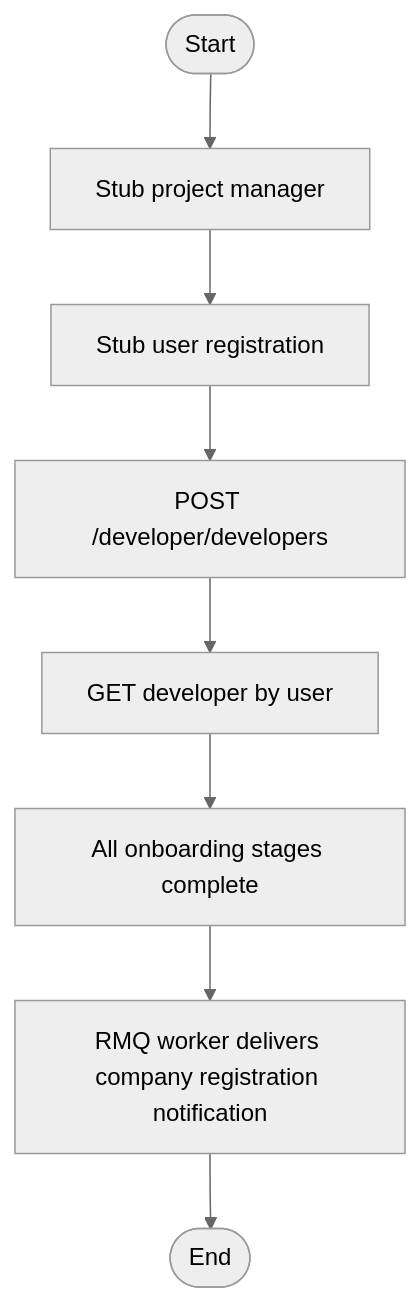
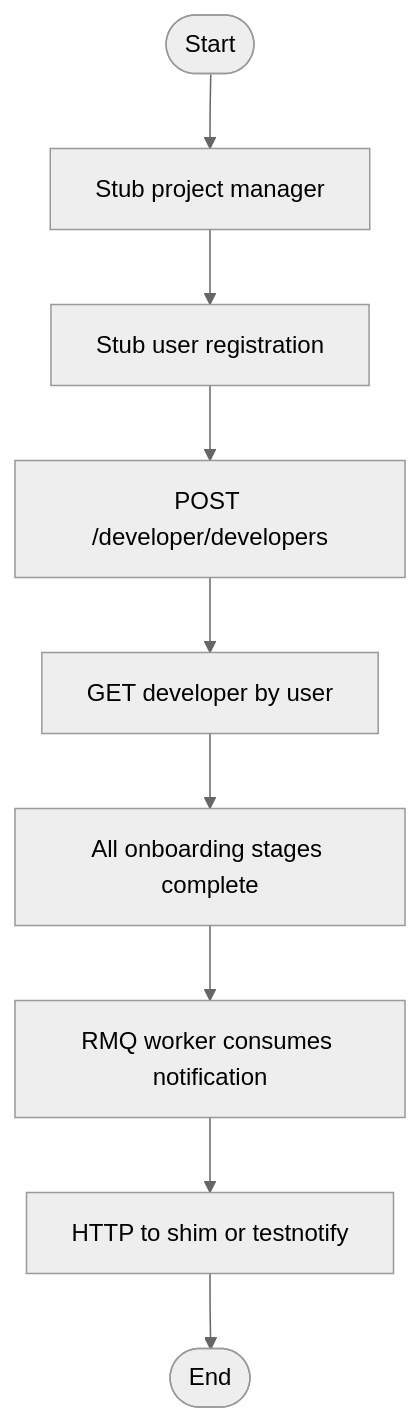
One commit to Valentine-Efagene/mreif-pilot changed the diagram in system-tests/developer-onboarding-flow/OBJECTIVE.md. Above: the diagram before and after it, drawn with Mermaid (neutral theme). The commit also changed other lines of this file and 9 other files, not shown here.

First line of the commit message:
Enhance developer onboarding flow and notification handling

````diff
--- a/system-tests/developer-onboarding-flow/OBJECTIVE.md
+++ b/system-tests/developer-onboarding-flow/OBJECTIVE.md
@@ -44,12 +45,13 @@
 ```mermaid
 flowchart TD
   start([Start])
   m0[Stub project manager]
   m1[Stub user registration]
   m2[POST /developer/developers]
   m3[GET developer by user]
   m4[All onboarding stages complete]
-  m5[RMQ worker delivers company registration notification]
+  m5[RMQ worker consumes notification]
+  m6[HTTP to shim or testnotify]
   endNode([End])
-  start --> m0 --> m1 --> m2 --> m3 --> m4 --> m5 --> endNode
+  start --> m0 --> m1 --> m2 --> m3 --> m4 --> m5 --> m6 --> endNode
 ```
````
